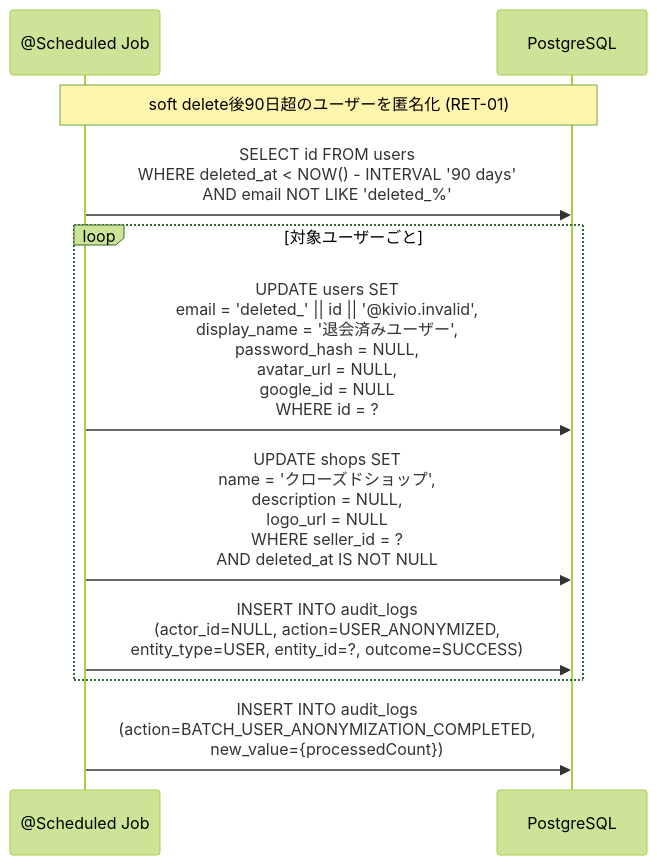
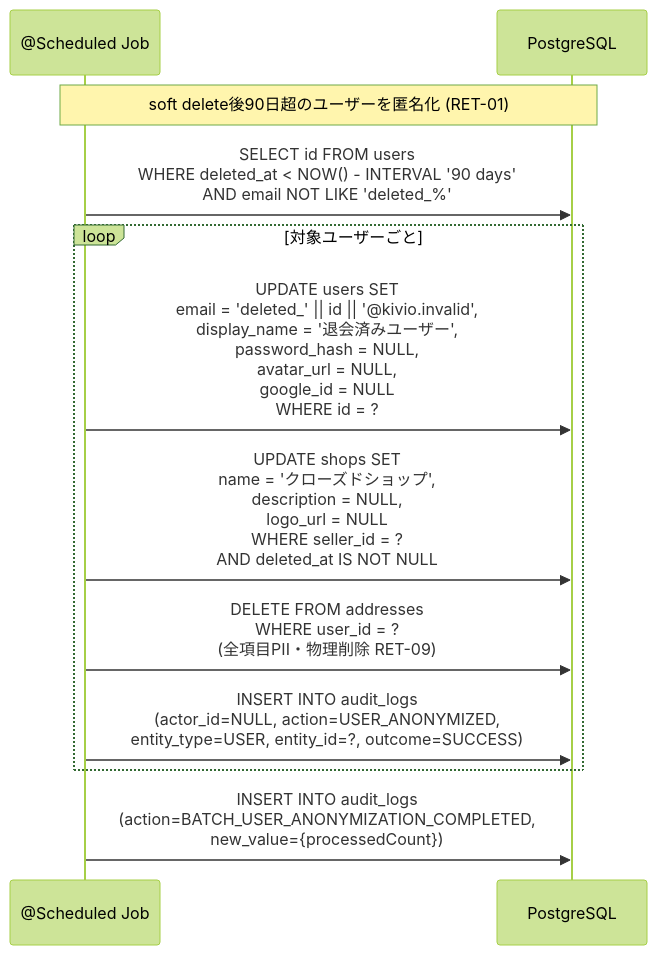
Diagram 16 of 20 in docs/design/SEQUENCE_FLOW.md (daobn99/kivio-project), drawn with Mermaid (forest theme) before and after one commit. The commit also changed other lines of this file and 15 other files, not shown here.

````diff
--- a/docs/design/SEQUENCE_FLOW.md
+++ b/docs/design/SEQUENCE_FLOW.md
@@ -711,14 +711,15 @@
 ```mermaid
 sequenceDiagram
     participant J as @Scheduled Job
     participant DB as PostgreSQL
 
     Note over J,DB: soft delete後90日超のユーザーを匿名化 (RET-01)
     J->>DB: SELECT id FROM users<br/>WHERE deleted_at < NOW() - INTERVAL '90 days'<br/>  AND email NOT LIKE 'deleted_%'
     loop 対象ユーザーごと
         J->>DB: UPDATE users SET<br/>  email = 'deleted_' || id || '@kivio.invalid',<br/>  display_name = '退会済みユーザー',<br/>  password_hash = NULL,<br/>  avatar_url = NULL,<br/>  google_id = NULL<br/>WHERE id = ?
         J->>DB: UPDATE shops SET<br/>  name = 'クローズドショップ',<br/>  description = NULL,<br/>  logo_url = NULL<br/>WHERE seller_id = ?<br/>  AND deleted_at IS NOT NULL
+        J->>DB: DELETE FROM addresses<br/>WHERE user_id = ?<br/>(全項目PII・物理削除 RET-09)
         J->>DB: INSERT INTO audit_logs<br/>(actor_id=NULL, action=USER_ANONYMIZED,<br/>entity_type=USER, entity_id=?, outcome=SUCCESS)
     end
     J->>DB: INSERT INTO audit_logs<br/>(action=BATCH_USER_ANONYMIZATION_COMPLETED,<br/>new_value={processedCount})
 ```
````
